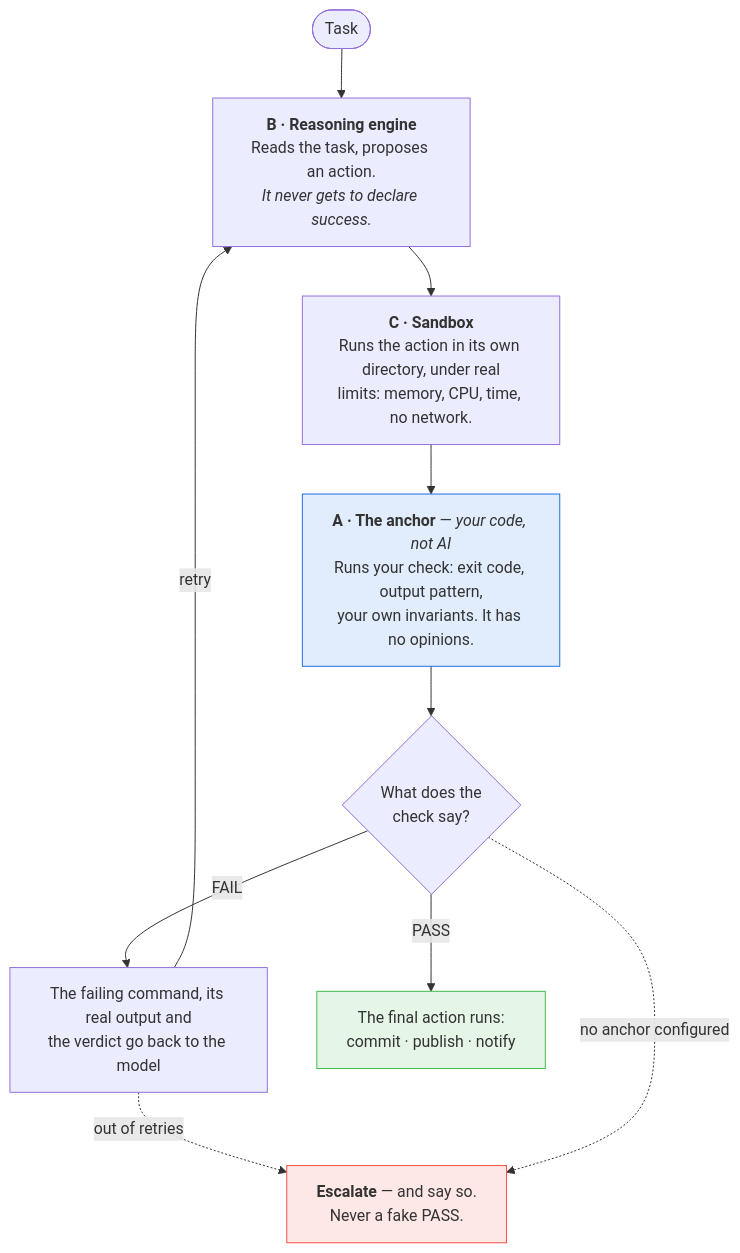
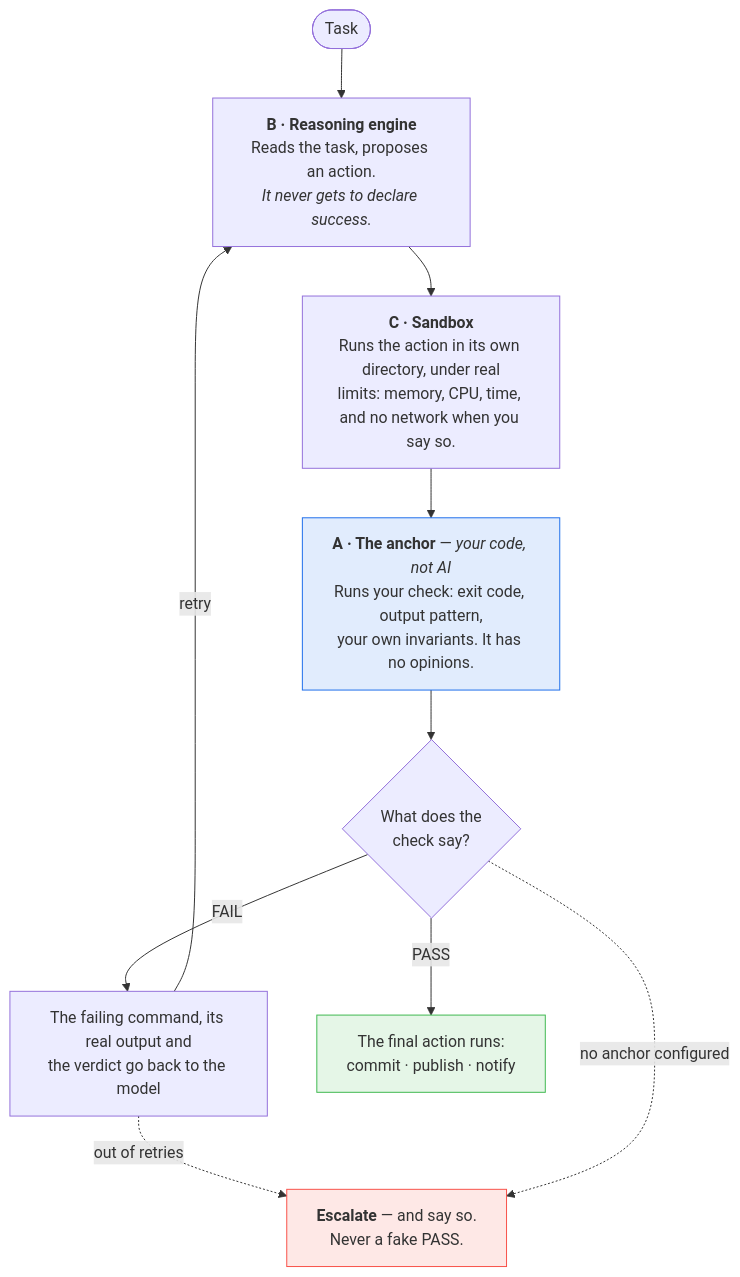
One commit to madkoding/motita changed the first of 7 diagrams in README.md. Above: the diagram before and after it, drawn with Mermaid. The commit also changed other lines of this file and 5 other files, not shown here.

````diff
--- a/README.md
+++ b/README.md
@@ -31,16 +36,16 @@
 ```mermaid
 flowchart TD
     T([Task]) --> B["<b>B · Reasoning engine</b><br/>Reads the task, proposes an action.<br/><i>It never gets to declare success.</i>"]
-    B --> C["<b>C · Sandbox</b><br/>Runs the action in its own directory, under real<br/>limits: memory, CPU, time, no network."]
+    B --> C["<b>C · Sandbox</b><br/>Runs the action in its own directory, under real<br/>limits: memory, CPU, time, and no network when you say so."]
     C --> A["<b>A · The anchor</b> — <i>your code, not AI</i><br/>Runs your check: exit code, output pattern,<br/>your own invariants. It has no opinions."]
     A --> V{"What does the<br/>check say?"}
     V -- "FAIL" --> R["The failing command, its real output and<br/>the verdict go back to the model"]
     R -- "retry" --> B
     R -. "out of retries" .-> E["<b>Escalate</b> — and say so.<br/>Never a fake PASS."]
     V -- "PASS" --> F["The final action runs:<br/>commit · publish · notify"]
     V -. "no anchor configured" .-> E
 
     style A fill:#1f6feb22,stroke:#1f6feb
     style E fill:#f8514922,stroke:#f85149
     style F fill:#3fb95022,stroke:#3fb950
 ```
````
